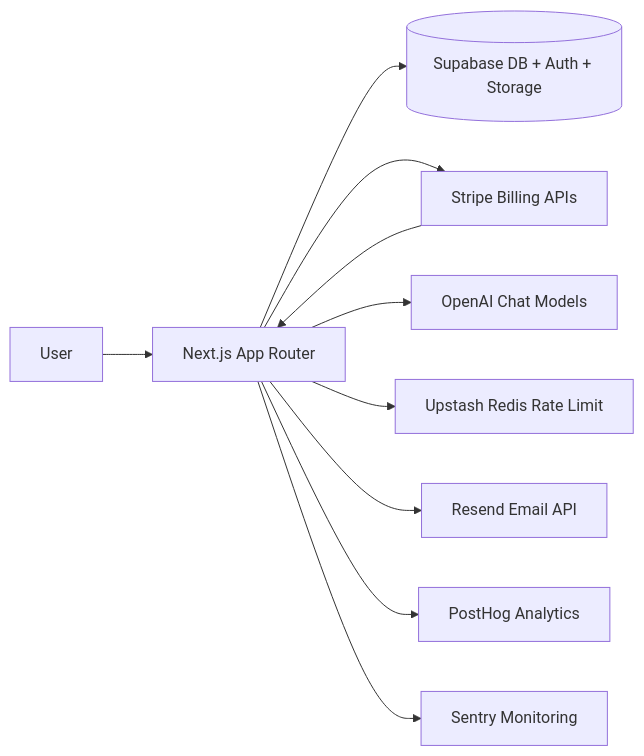
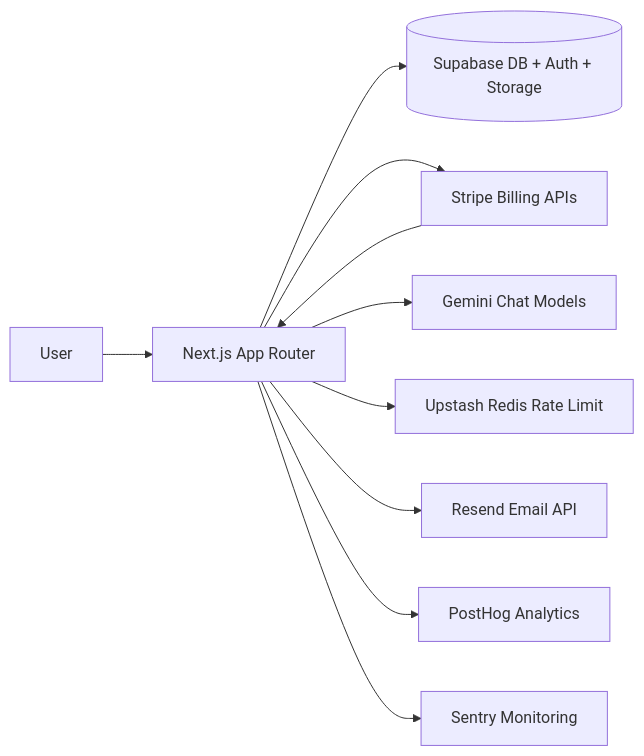
Before and after one commit to adarsh25-dev/nextjs-supabase-ai-saas-starter: the diagram in README.md, drawn with Mermaid. The commit also changed other lines of this file and 9 other files, not shown here.

Commit message:
Refactor AI integration to replace OpenAI with Gemini, update environment variables in .env.example, and modify README and chat components accordingly. Update package dependencies to include @ai-sdk/google and remove OpenAI references throughout the codebase.

````diff
--- a/README.md
+++ b/README.md
@@ -54,12 +54,12 @@
 ```mermaid
 flowchart LR
   User --> NextApp[Next.js App Router]
   NextApp --> Supabase[(Supabase DB + Auth + Storage)]
   NextApp --> Stripe[Stripe Billing APIs]
-  NextApp --> OpenAI[OpenAI Chat Models]
+  NextApp --> Gemini[Gemini Chat Models]
   NextApp --> Upstash[Upstash Redis Rate Limit]
   NextApp --> Resend[Resend Email API]
   NextApp --> PostHog[PostHog Analytics]
   NextApp --> Sentry[Sentry Monitoring]
   Stripe --> NextApp
 ```
````
